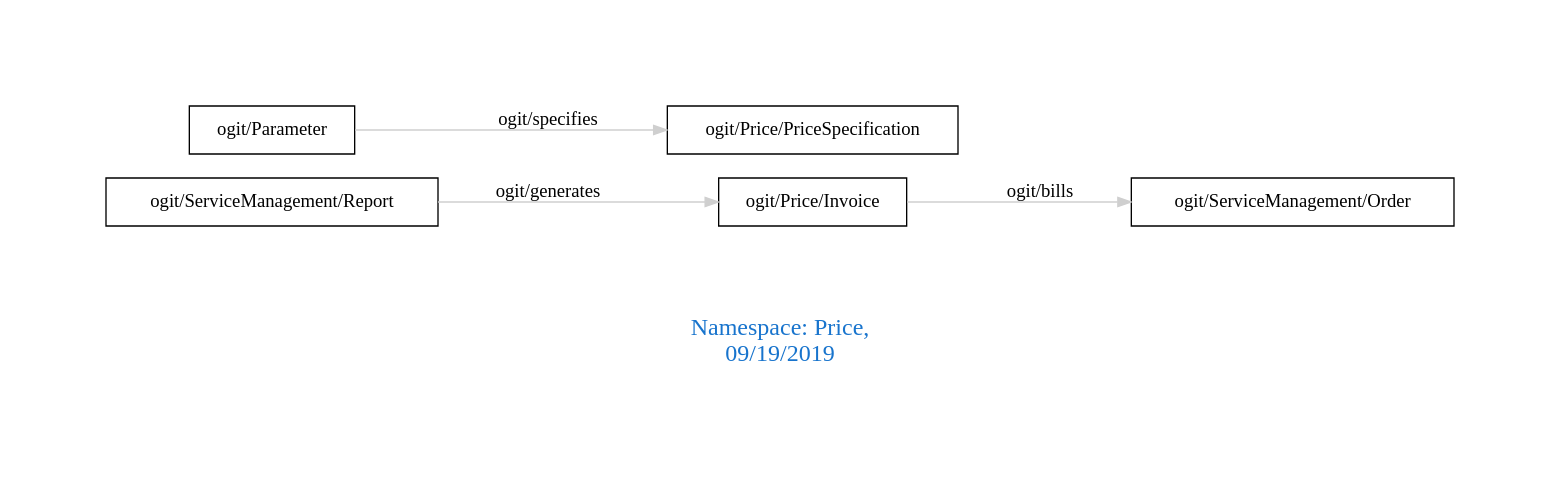
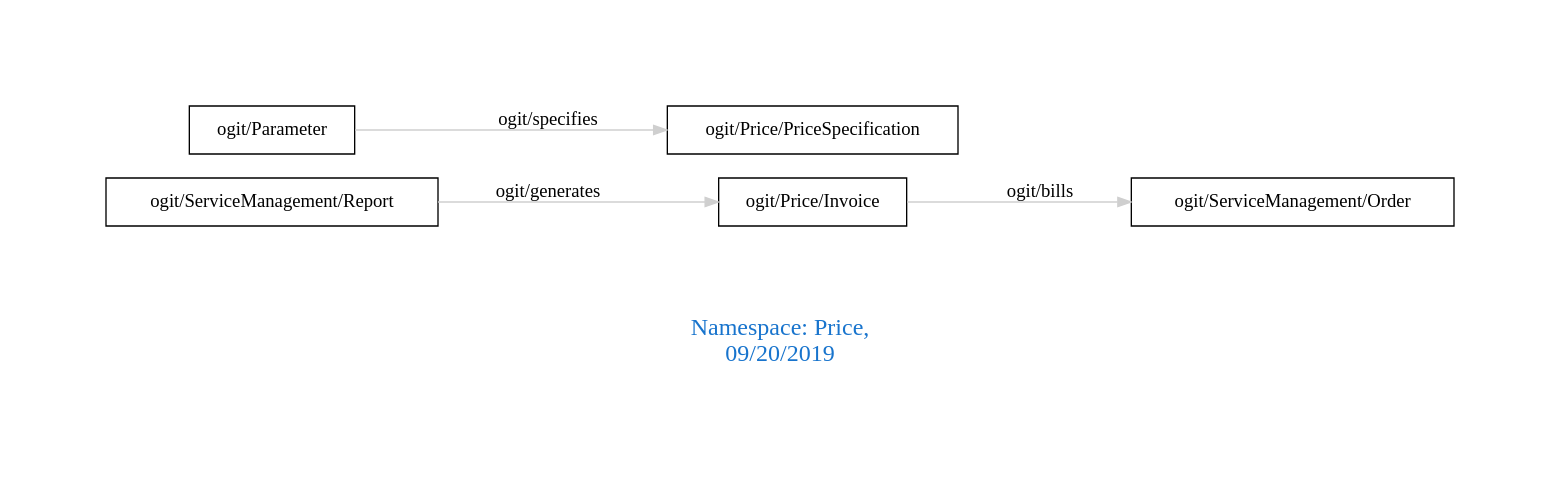
One commit to arago/OGIT changed the diagram in downloads/Price.dot. Above: the diagram before and after it, drawn with Graphviz. The commit also changed 1500 other files, not shown here.

```diff
--- a/downloads/Price.dot
+++ b/downloads/Price.dot
@@ -1,11 +1,11 @@
 digraph OGIT_ontology {
  graph [ rankdir= LR,pad=1 
 fontsize = 18,
-fontcolor= dodgerblue3,label = "\n\n\nNamespace: Price, \n 09/19/2019"];
+fontcolor= dodgerblue3,label = "\n\n\nNamespace: Price, \n 09/20/2019"];
 node[shape=polygon];
 edge [  color="gray81"];
 
    "ogit/Price/Invoice" -> "ogit/ServiceManagement/Order" [label="   ogit/bills    "];
    "ogit/ServiceManagement/Report" -> "ogit/Price/Invoice" [label="   ogit/generates    "];
    "ogit/Parameter" -> "ogit/Price/PriceSpecification" [label="   ogit/specifies    "];
 }
```
